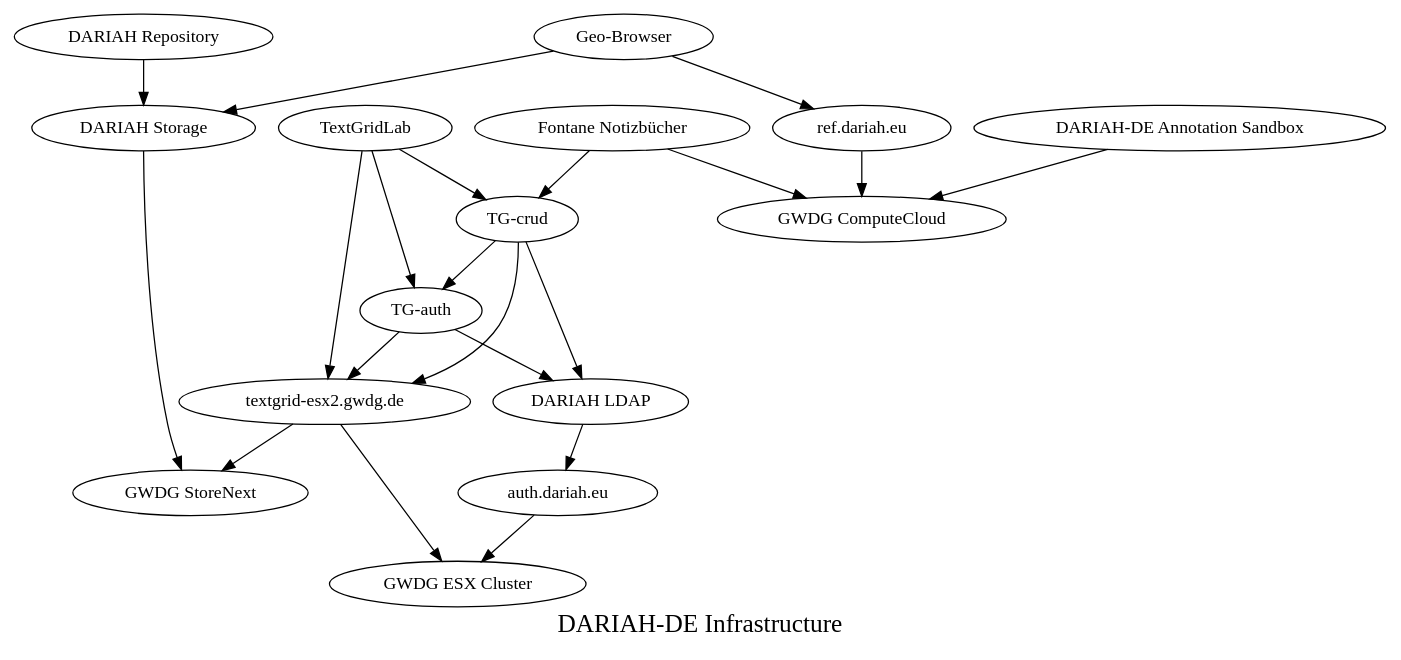
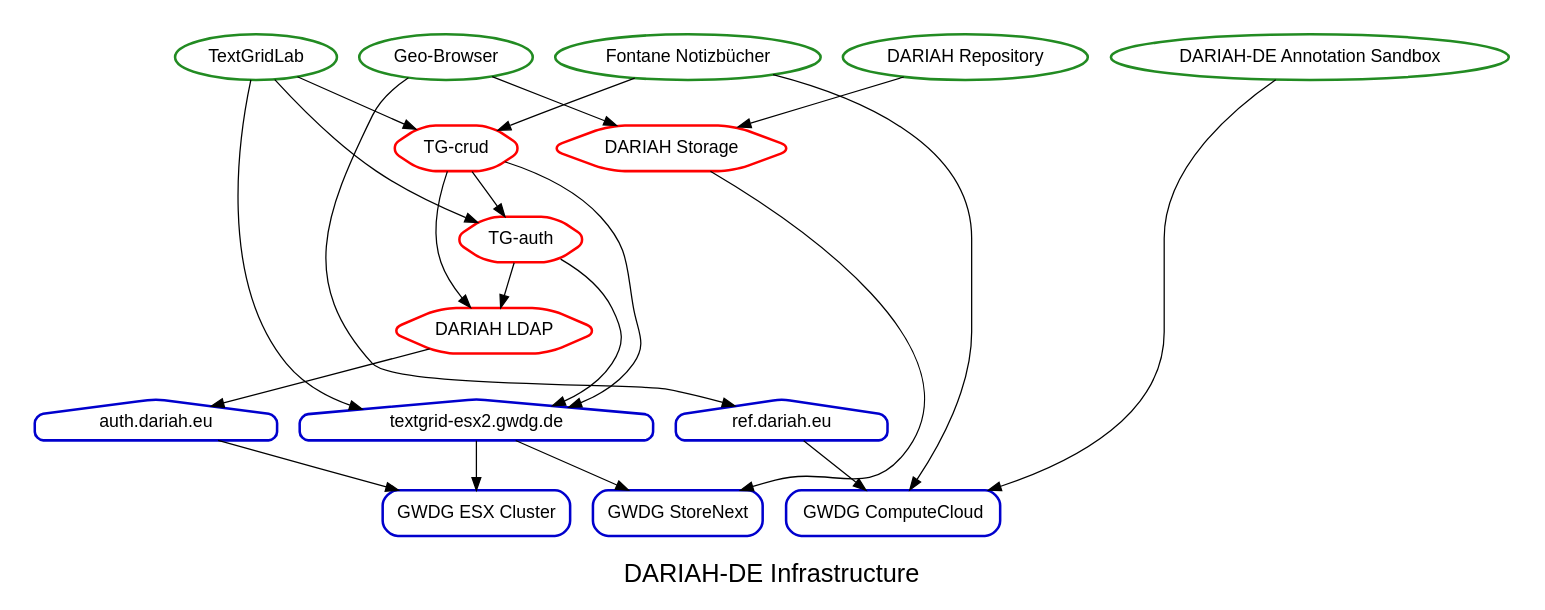
Before and after one commit to DARIAH-DE/status: the diagram in dariah-de-infrastructure.gv, drawn with Graphviz. The commit also changed 4 other files, not shown here.

Commit message:
improve graph

```diff
--- a/dariah-de-infrastructure.gv
+++ b/dariah-de-infrastructure.gv
@@ -1,39 +1,54 @@
 digraph {
-	label="DARIAH-DE Infrastructure"
-	fontsize=20
-	"/services/repository" [label="DARIAH Repository"]
-	"/services/geobrowser" [label="Geo-Browser"]
-	"/services/tglab" [label=TextGridLab]
-	"/services/fontane" [label="Fontane Notizbücher"]
-	"/services/annotation_sandbox" [label="DARIAH-DE Annotation Sandbox"]
-	"/middlewares/dariahldap" [label="DARIAH LDAP"]
-	"/middlewares/dariahstorage" [label="DARIAH Storage"]
-	"/middlewares/tgauth" [label="TG-auth"]
-	"/middlewares/tgcrud" [label="TG-crud"]
-	"/servers/textgrid-esx2" [label="textgrid-esx2.gwdg.de"]
-	"/servers/ref" [label="ref.dariah.eu"]
-	"/servers/auth" [label="auth.dariah.eu"]
-	"/infrastructure/gwdg-esx" [label="GWDG ESX Cluster"]
-	"/infrastructure/gwdg-storenext" [label="GWDG StoreNext"]
-	"/infrastructure/gwdg-cloud" [label="GWDG ComputeCloud"]
+	fontname=helvetica fontsize=20 label="DARIAH-DE Infrastructure"
+	subgraph cluster_services {
+		node [color=forestgreen fontname=helvetica shape=oval style="rounded,bold"]
+		color=white label=""
+		"/services/repository" [label="DARIAH Repository"]
+		"/services/geobrowser" [label="Geo-Browser"]
+		"/services/tglab" [label=TextGridLab]
+		"/services/fontane" [label="Fontane Notizbücher"]
+		"/services/annotation_sandbox" [label="DARIAH-DE Annotation Sandbox"]
+	}
+	subgraph cluster_middlewares {
+		node [color=red fontname=helvetica shape=hexagon style="rounded,bold"]
+		color=white label=""
+		"/middlewares/dariahldap" [label="DARIAH LDAP"]
+		"/middlewares/dariahstorage" [label="DARIAH Storage"]
+		"/middlewares/tgauth" [label="TG-auth"]
+		"/middlewares/tgcrud" [label="TG-crud"]
+	}
+	subgraph cluster_servers {
+		node [color=blue3 fontname=helvetica shape=house style="rounded,bold"]
+		color=white label=""
+		"/servers/textgrid-esx2" [label="textgrid-esx2.gwdg.de"]
+		"/servers/ref" [label="ref.dariah.eu"]
+		"/servers/auth" [label="auth.dariah.eu"]
+	}
+	subgraph cluster_infrastructure {
+		node [color=blue3 fontname=helvetica shape=box style="rounded,bold"]
+		color=white label=""
+		"/infrastructure/gwdg-esx" [label="GWDG ESX Cluster"]
+		"/infrastructure/gwdg-storenext" [label="GWDG StoreNext"]
+		"/infrastructure/gwdg-cloud" [label="GWDG ComputeCloud"]
+	}
 	"/services/repository" -> "/middlewares/dariahstorage"
 	"/services/geobrowser" -> "/middlewares/dariahstorage"
 	"/services/geobrowser" -> "/servers/ref"
 	"/services/tglab" -> "/middlewares/tgauth"
 	"/services/tglab" -> "/middlewares/tgcrud"
 	"/services/tglab" -> "/servers/textgrid-esx2"
 	"/services/fontane" -> "/middlewares/tgcrud"
 	"/services/fontane" -> "/infrastructure/gwdg-cloud"
 	"/services/annotation_sandbox" -> "/infrastructure/gwdg-cloud"
 	"/middlewares/dariahldap" -> "/servers/auth"
 	"/middlewares/dariahstorage" -> "/infrastructure/gwdg-storenext"
 	"/middlewares/tgauth" -> "/middlewares/dariahldap"
 	"/middlewares/tgauth" -> "/servers/textgrid-esx2"
 	"/middlewares/tgcrud" -> "/middlewares/tgauth"
 	"/middlewares/tgcrud" -> "/middlewares/dariahldap"
 	"/middlewares/tgcrud" -> "/servers/textgrid-esx2"
 	"/servers/textgrid-esx2" -> "/infrastructure/gwdg-storenext"
 	"/servers/textgrid-esx2" -> "/infrastructure/gwdg-esx"
 	"/servers/ref" -> "/infrastructure/gwdg-cloud"
 	"/servers/auth" -> "/infrastructure/gwdg-esx"
 }
```
